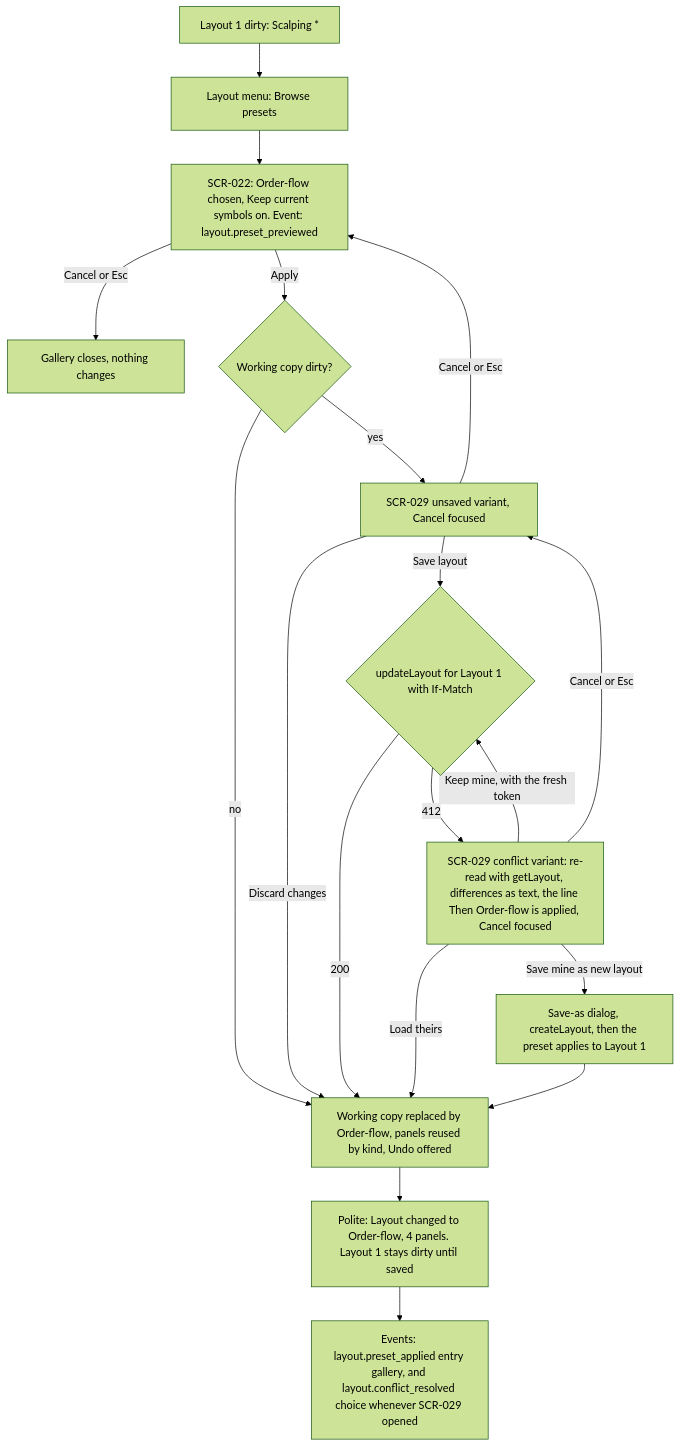
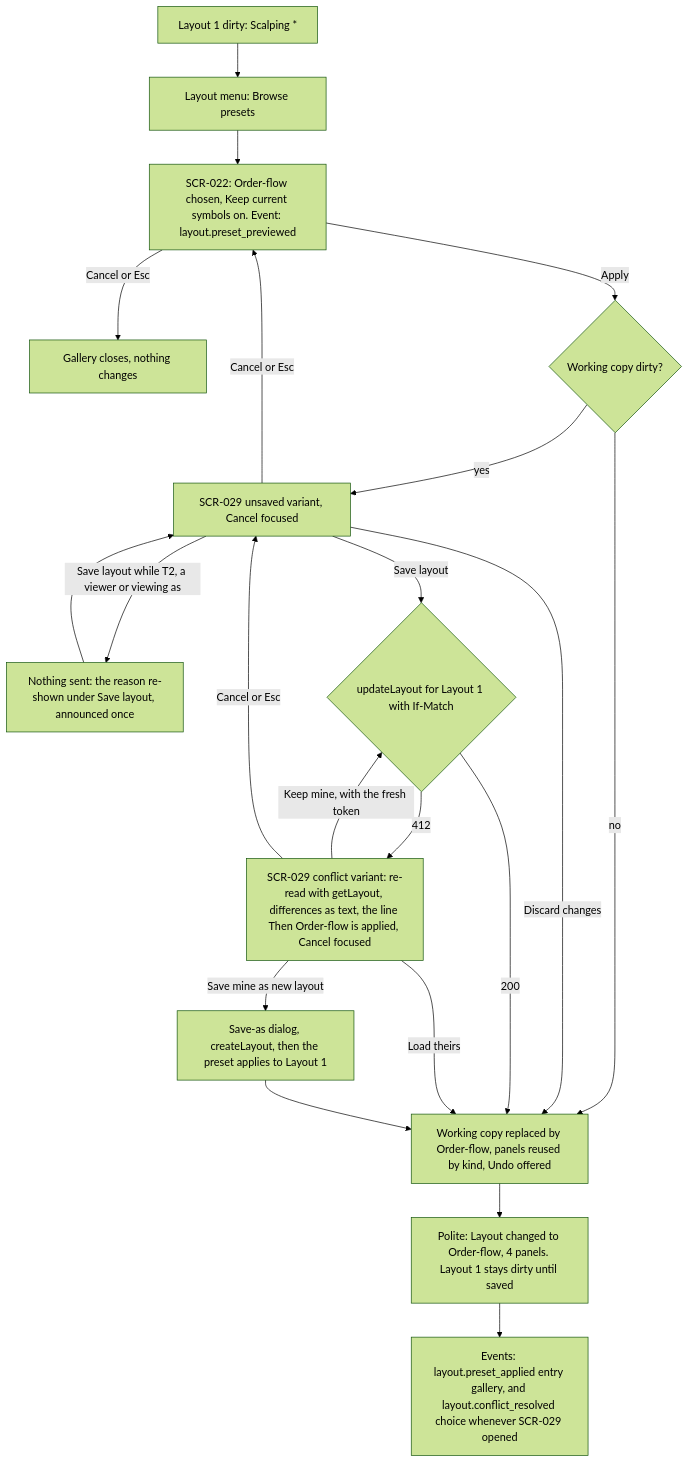
The third of 6 diagrams in docs/design/specs/e15-layout-flows.md (CandleViewer/CandleViewer), drawn with Mermaid (forest theme) before and after one commit. The commit also changed other lines of this file and 2 other files, not shown here.

First line of the commit message:
docs(charting-ui): apply the E09-D09 T2 gate to E15-D02 (orchestrator text round)

````diff
--- a/docs/design/specs/e15-layout-flows.md
+++ b/docs/design/specs/e15-layout-flows.md
@@ -53,21 +58,23 @@
 ```mermaid
 flowchart TD
   A3["Layout 1 dirty: Scalping *"] --> B3["Layout menu: Browse presets"]
   B3 --> C3["SCR-022: Order-flow chosen, Keep current symbols on. Event: layout.preset_previewed"]
   C3 -->|Cancel or Esc| Z3["Gallery closes, nothing changes"]
   C3 -->|Apply| D3{"Working copy dirty?"}
   D3 -->|no| H3["Working copy replaced by Order-flow, panels reused by kind, Undo offered"]
   D3 -->|yes| E3["SCR-029 unsaved variant, Cancel focused"]
   E3 -->|Cancel or Esc| C3
   E3 -->|Discard changes| H3
+  E3 -->|Save layout while T2, a viewer or viewing as| T3["Nothing sent: the reason re-shown under Save layout, announced once"]
+  T3 --> E3
   E3 -->|Save layout| F3{"updateLayout for Layout 1 with If-Match"}
   F3 -->|200| H3
   F3 -->|412| G3["SCR-029 conflict variant: re-read with getLayout, differences as text, the line Then Order-flow is applied, Cancel focused"]
   G3 -->|Keep mine, with the fresh token| F3
   G3 -->|Load theirs| H3
   G3 -->|Save mine as new layout| S3["Save-as dialog, createLayout, then the preset applies to Layout 1"]
   G3 -->|Cancel or Esc| E3
   S3 --> H3
   H3 --> I3["Polite: Layout changed to Order-flow, 4 panels. Layout 1 stays dirty until saved"]
   I3 --> J3["Events: layout.preset_applied entry gallery, and layout.conflict_resolved choice whenever SCR-029 opened"]
 ```
````
